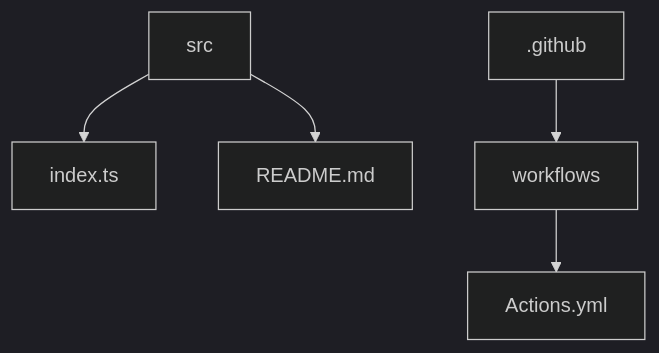
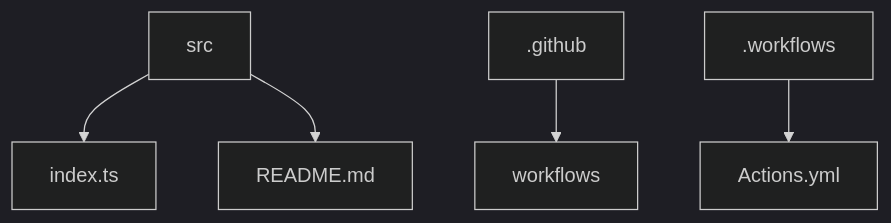
One commit to Xeven777/crypto-actions changed the diagram in README.md. Above: the diagram before and after it, drawn with Mermaid (dark theme). The commit also changed other lines of this file, not shown here.

````diff
--- a/README.md
+++ b/README.md
@@ -25,7 +25,7 @@
 ```mermaid
 graph TD;
- src-->index.ts;
- src-->README.md;
- .github-->workflows;
- workflows-->Actions.yml;
+src-->index.ts;
+.github-->workflows;
+.workflows-->Actions.yml;
+src--> README.md;
 ```
````
